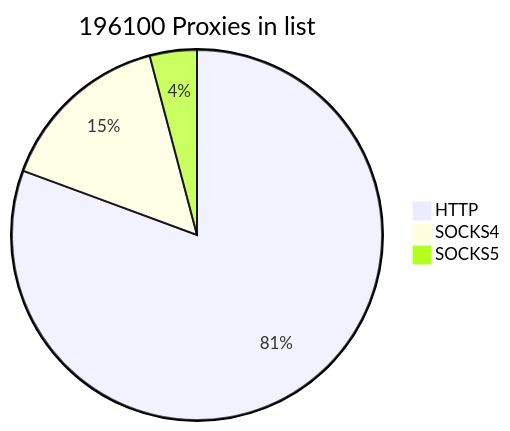
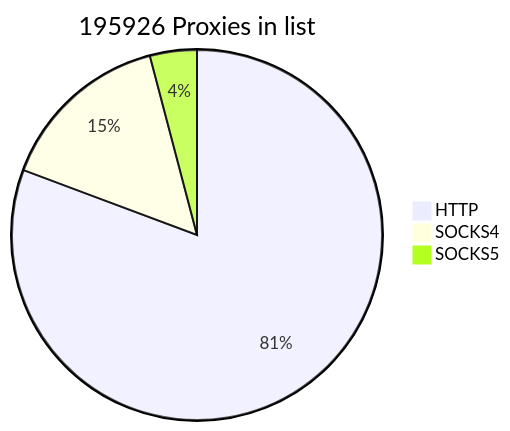
One commit to cutipu/proxylist changed the first of 2 diagrams in README.md. Above: the diagram before and after it, drawn with Mermaid. The commit also changed other lines of this file, not shown here.

````diff
--- a/README.md
+++ b/README.md
@@ -2,7 +2,7 @@
 ```mermaid
-pie title 196100 Proxies in list
-    "HTTP" : 158115
-    "SOCKS4" : 29925
-    "SOCKS5" : 8060
+pie title 195926 Proxies in list
+    "HTTP" : 158109
+    "SOCKS4" : 29790
+    "SOCKS5" : 8027
             
 ```
````
